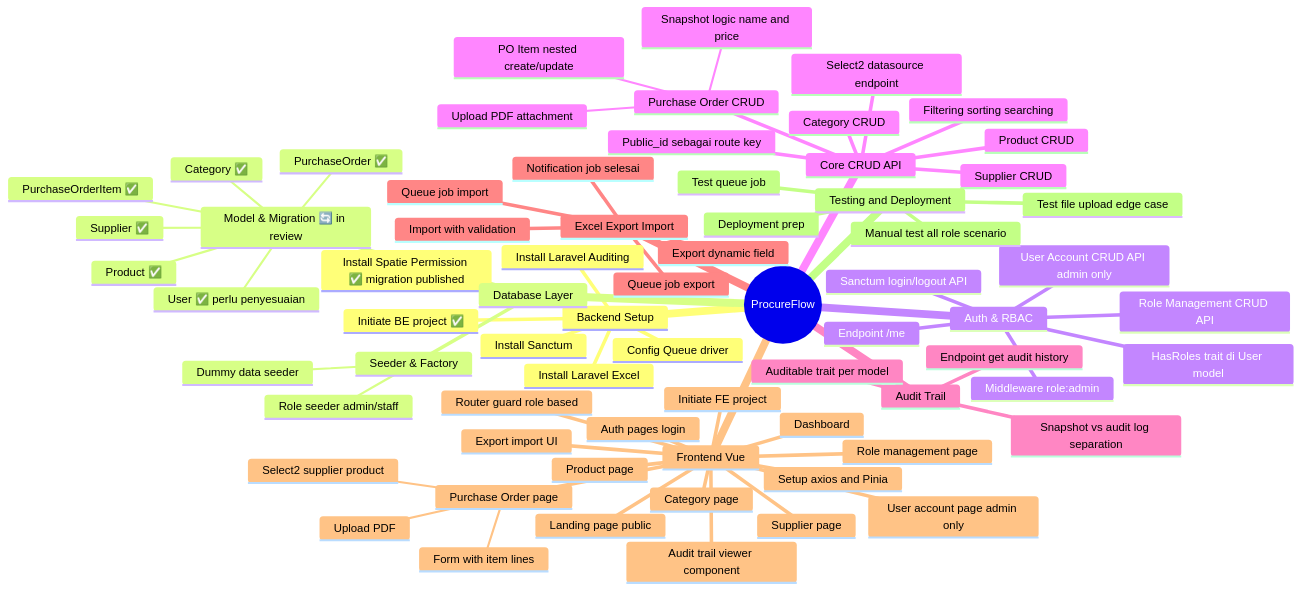
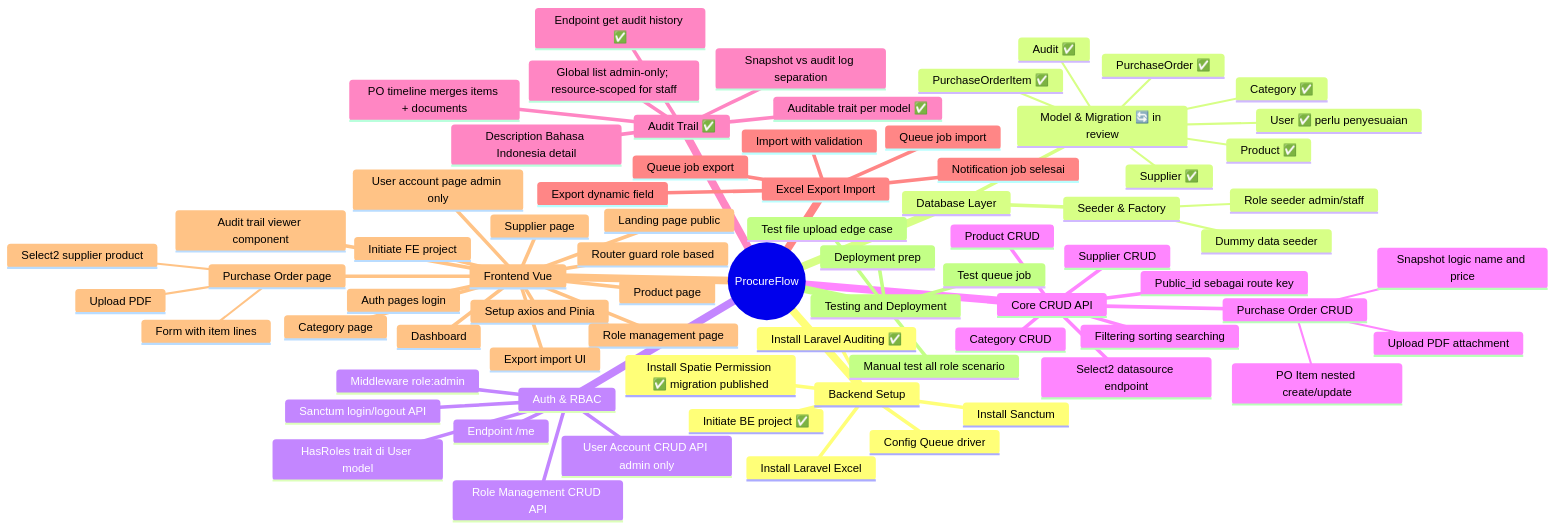
The diagram in docs/mind-mapping.md (Ayukuriii/sistem-procurement), drawn with Mermaid before and after one commit. The commit also changed 28 other files, not shown here.

````diff
--- a/docs/mind-mapping.md
+++ b/docs/mind-mapping.md
@@ -1,73 +1,77 @@
 ```mermaid
 mindmap
   root((ProcureFlow))
     Backend Setup
       Initiate BE project ✅
       Install Sanctum
       Install Spatie Permission ✅ migration published
-      Install Laravel Auditing
+      Install Laravel Auditing ✅
       Install Laravel Excel
       Config Queue driver
     Database Layer
       Model & Migration 🔄 in review
         Supplier ✅
         Category ✅
         Product ✅
         PurchaseOrder ✅
         PurchaseOrderItem ✅
         User ✅ perlu penyesuaian
+        Audit ✅
       Seeder & Factory
         Role seeder admin/staff
         Dummy data seeder
     Auth & RBAC
       Sanctum login/logout API
       Endpoint /me
       HasRoles trait di User model
       Middleware role:admin
       Role Management CRUD API
       User Account CRUD API admin only
     Core CRUD API
       Supplier CRUD
       Category CRUD
       Product CRUD
       Purchase Order CRUD
         PO Item nested create/update
         Snapshot logic name and price
         Upload PDF attachment
       Filtering sorting searching
       Select2 datasource endpoint
       Public_id sebagai route key
-    Audit Trail
-      Auditable trait per model
-      Endpoint get audit history
+    Audit Trail ✅
+      Auditable trait per model ✅
+      Endpoint get audit history ✅
       Snapshot vs audit log separation
+      Global list admin-only; resource-scoped for staff
+      PO timeline merges items + documents
+      Description Bahasa Indonesia detail
     Excel Export Import
       Export dynamic field
       Import with validation
       Queue job export
       Queue job import
       Notification job selesai
     Frontend Vue
       Initiate FE project
       Setup axios and Pinia
       Auth pages login
       Router guard role based
       Landing page public
       Dashboard
       Role management page
       User account page admin only
       Supplier page
       Category page
       Product page
       Purchase Order page
         Form with item lines
         Select2 supplier product
         Upload PDF
       Audit trail viewer component
       Export import UI
     Testing and Deployment
       Manual test all role scenario
       Test file upload edge case
       Test queue job
       Deployment prep
 ```
````
